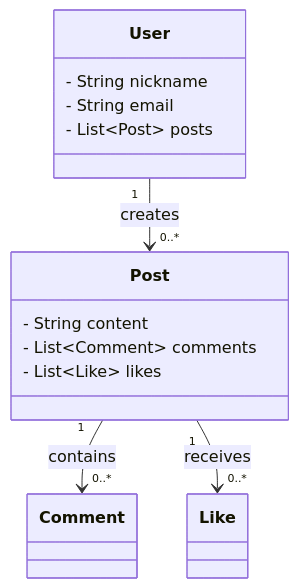
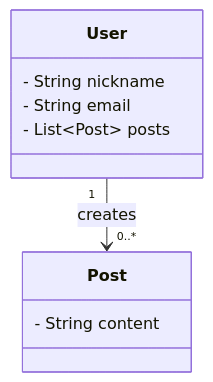
The diagram in README.md (ebert-sl/restful-api-java), drawn with Mermaid before and after one commit.

Commit message:
docs: fix class diagram

````diff
--- a/README.md
+++ b/README.md
@@ -7,18 +7,14 @@
 ```mermaid
 classDiagram
     class User {
         - String nickname
         - String email
         - List~Post~ posts
     }
 
     class Post {
         - String content
-        - List~Comment~ comments
-        - List~Like~ likes
     }
     
     User "1" --> "0..*" Post : creates
-    Post "1" --> "0..*" Comment : contains
-    Post "1" --> "0..*" Like : receives
 ```
````
